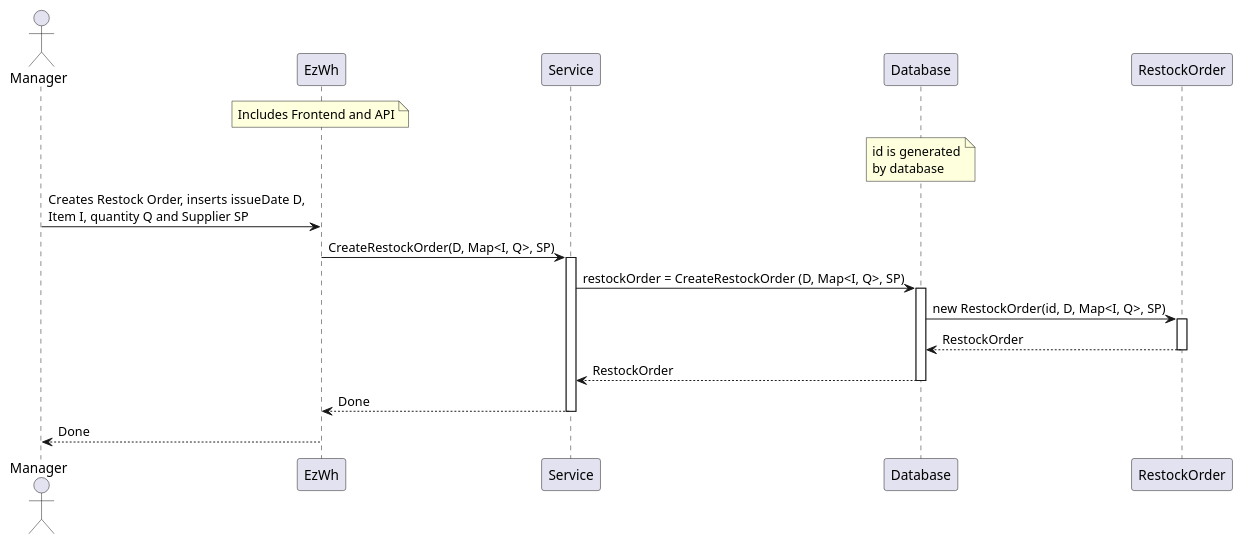
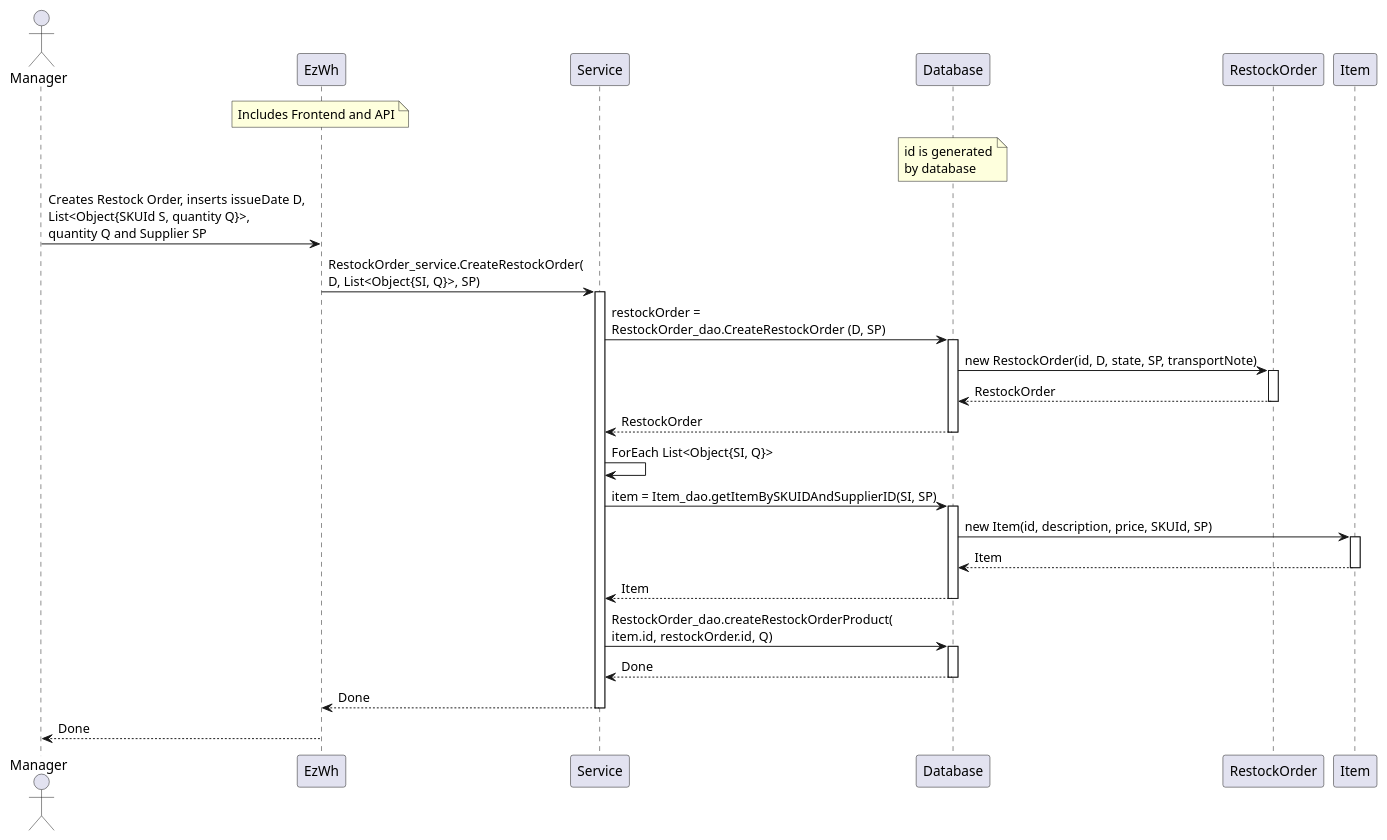
Before and after one commit to giuseppe-dandrea/EzWh: the sixth of 12 diagrams in DesignDocument.md, drawn with PlantUML. The commit also changed other lines of this file, not shown here.

Commit message:
seq diagrams 1-1, 1-3, 2-1, 2-2, 3-1 updated

````diff
--- a/DesignDocument.md
+++ b/DesignDocument.md
@@ -655,24 +634,38 @@
 ```plantuml
 actor Manager
 participant EzWh
 note over EzWh: Includes Frontend and API
 participant Service
 participant Database
 note over Database: id is generated\nby database
 participant RestockOrder
+participant Item
 
-Manager -> EzWh: Creates Restock Order, inserts issueDate D,\nItem I, quantity Q and Supplier SP
-EzWh -> Service: CreateRestockOrder(D, Map<I, Q>, SP)
+Manager -> EzWh: Creates Restock Order, inserts issueDate D,\nList<Object{SKUId S, quantity Q}>,\nquantity Q and Supplier SP
+EzWh -> Service: RestockOrder_service.CreateRestockOrder(\nD, List<Object{SI, Q}>, SP)
 activate Service
-Service -> Database: restockOrder = CreateRestockOrder (D, Map<I, Q>, SP)
+Service -> Database: restockOrder =\nRestockOrder_dao.CreateRestockOrder (D, SP)
 activate Database
-Database -> RestockOrder: new RestockOrder(id, D, Map<I, Q>, SP)
+Database -> RestockOrder: new RestockOrder(id, D, state, SP, transportNote)
 activate RestockOrder
 RestockOrder --> Database: RestockOrder
 Deactivate RestockOrder
 Database --> Service: RestockOrder
 deactivate Database
+Service -> Service: ForEach List<Object{SI, Q}>
+Service -> Database: item = Item_dao.getItemBySKUIDAndSupplierID(SI, SP)
+activate Database
+Database -> Item: new Item(id, description, price, SKUId, SP)
+activate Item
+Item --> Database: Item
+deactivate Item
+Database --> Service: Item
+deactivate Database
+Service -> Database: RestockOrder_dao.createRestockOrderProduct(\nitem.id, restockOrder.id, Q)
+activate Database
+Database --> Service: Done
+deactivate Database
 Service --> EzWh: Done
 deactivate Service
 EzWh --> Manager: Done
 ```
````
